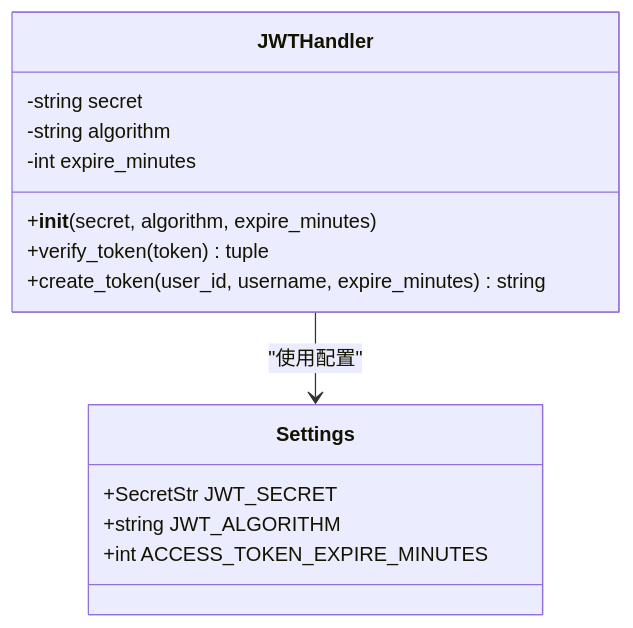
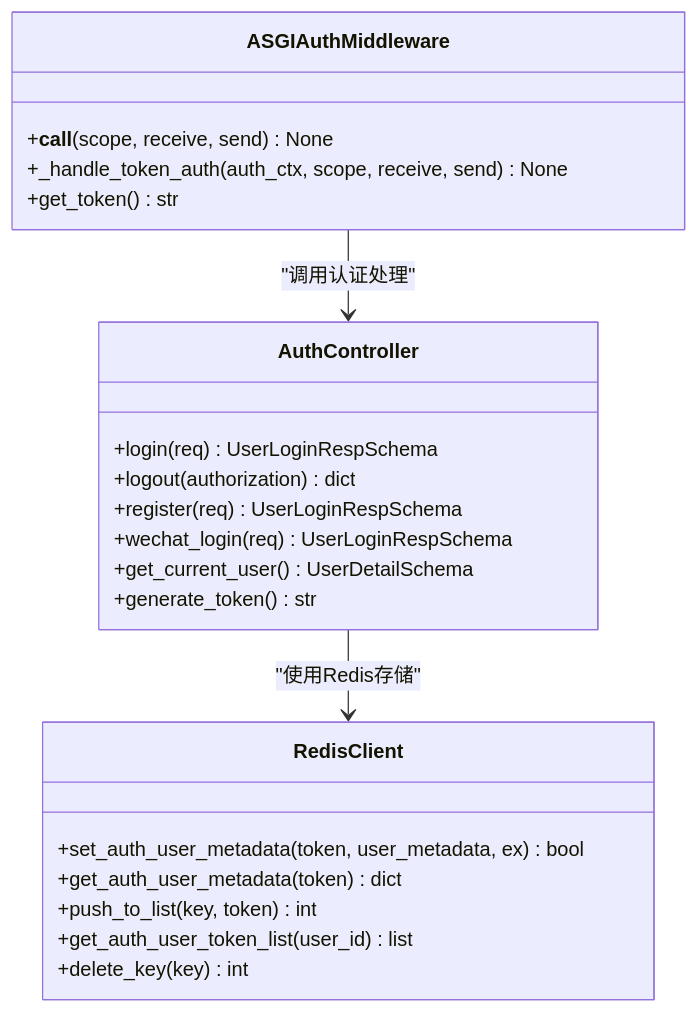
The third of 7 diagrams in .qoder/repowiki/zh/content/安全认证机制/JWT Token认证.md (lilinzezzzzzz/fastapi-backend), drawn with Mermaid before and after one commit. The commit also changed other lines of this file and 42 other files, not shown here.

````diff
--- a/.qoder/repowiki/zh/content/安全认证机制/JWT Token认证.md
+++ b/.qoder/repowiki/zh/content/安全认证机制/JWT Token认证.md
@@ -186,17 +167,25 @@
 ```mermaid
 classDiagram
-class JWTHandler {
--string secret
--string algorithm
--int expire_minutes
-+__init__(secret, algorithm, expire_minutes)
-+verify_token(token) tuple
-+create_token(user_id, username, expire_minutes) string
+class AuthController {
++login(req) UserLoginRespSchema
++logout(authorization) dict
++register(req) UserLoginRespSchema
++wechat_login(req) UserLoginRespSchema
++get_current_user() UserDetailSchema
++generate_token() str
 }
-class Settings {
-+SecretStr JWT_SECRET
-+string JWT_ALGORITHM
-+int ACCESS_TOKEN_EXPIRE_MINUTES
+class RedisClient {
++set_auth_user_metadata(token, user_metadata, ex) bool
++get_auth_user_metadata(token) dict
++push_to_list(key, token) int
++get_auth_user_token_list(user_id) list
++delete_key(key) int
 }
-JWTHandler --> Settings : "使用配置"
+class ASGIAuthMiddleware {
++__call__(scope, receive, send) None
++_handle_token_auth(auth_ctx, scope, receive, send) None
++get_token() str
+}
+AuthController --> RedisClient : "使用Redis存储"
+ASGIAuthMiddleware --> AuthController : "调用认证处理"
 ```
````
